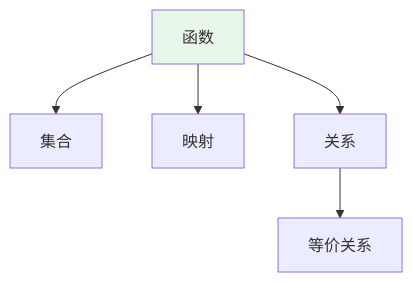
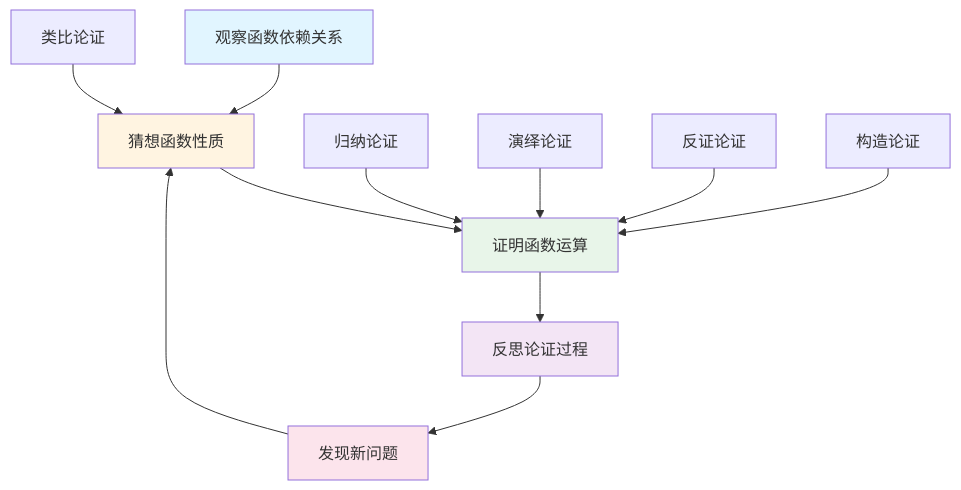
Before and after one commit to AdaMartin18010/FormalMath: the fifth of 11 diagrams in concept/核心概念/02-函数.md, drawn with Mermaid. The commit also changed other lines of this file and 4793 other files, not shown here.

````diff
--- a/concept/核心概念/02-函数.md
+++ b/concept/核心概念/02-函数.md
@@ -850,9 +1961,20 @@
 ```mermaid
 graph TD
-    A[函数] --> B[集合]
-    A --> C[映射]
-    A --> D[关系]
-    D --> E[等价关系]
+    A[观察函数依赖关系] --> B[猜想函数性质]
+    B --> C[证明函数运算]
+    C --> D[反思论证过程]
+    D --> E[发现新问题]
+    E --> B
 
-    style A fill:#e8f5e9
+    F[归纳论证] --> C
+    G[演绎论证] --> C
+    H[类比论证] --> B
+    I[反证论证] --> C
+    J[构造论证] --> C
+
+    style A fill:#e1f5ff
+    style B fill:#fff4e1
+    style C fill:#e8f5e9
+    style D fill:#f3e5f5
+    style E fill:#fce4ec
 ```
````
